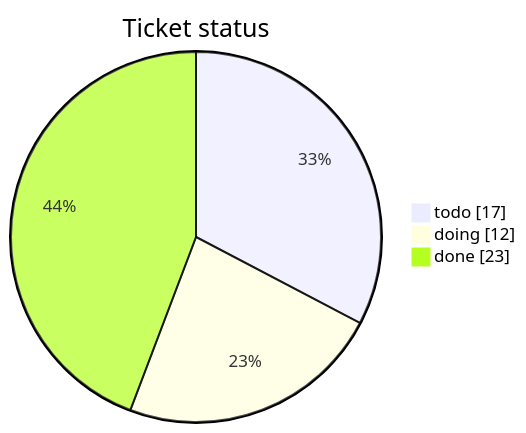
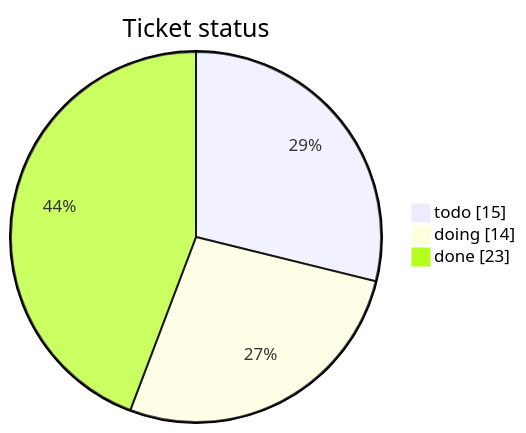
One commit to mohamed-soubhi/bootlab-esp changed the first of 3 diagrams in tickets/TICKETS.md. Above: the diagram before and after it, drawn with Mermaid. The commit also changed other lines of this file and 6 other files, not shown here.

````diff
--- a/tickets/TICKETS.md
+++ b/tickets/TICKETS.md
@@ -14,6 +14,6 @@
 ```mermaid
 pie showData title Ticket status
-    "todo" : 17
-    "doing" : 12
+    "todo" : 15
+    "doing" : 14
     "done" : 23
 ```
````
